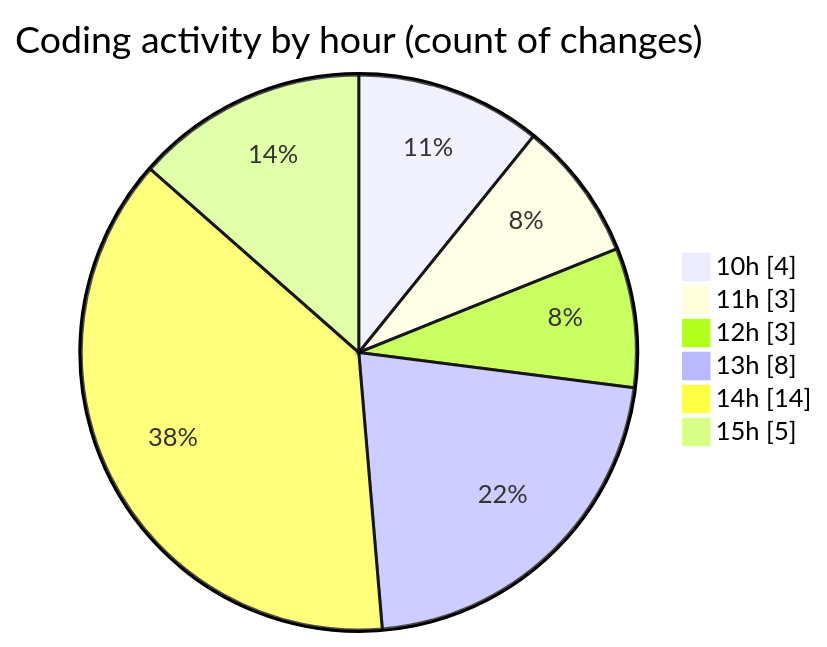
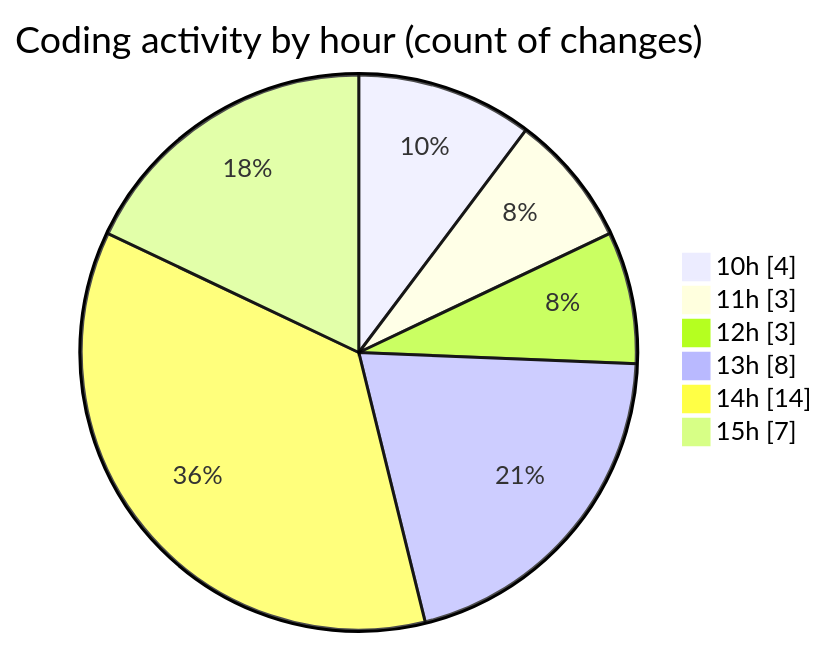
The second of 2 diagrams in 2025-11-28/cda/README.md (momahboobian/code-tracking), drawn with Mermaid before and after one commit. The commit also changed other lines of this file and 1 other file, not shown here.

````diff
--- a/2025-11-28/cda/README.md
+++ b/2025-11-28/cda/README.md
@@ -46,10 +46,10 @@
 ```mermaid
 pie showData
 title Coding activity by hour (count of changes)
 "10h" : 4
 "11h" : 3
 "12h" : 3
 "13h" : 8
 "14h" : 14
-"15h" : 5
+"15h" : 7
 ```
````
